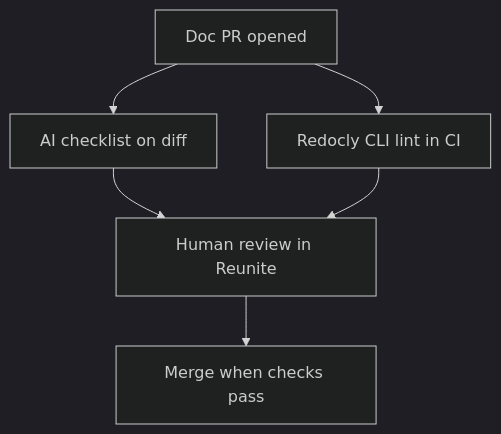
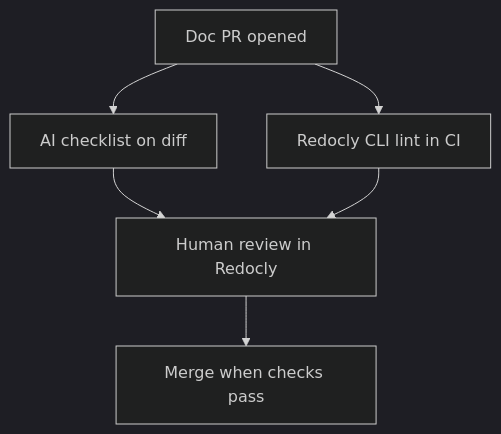
The diagram in learn/ai-for-docs/ai-automate-documentation-reviews-pr-workflow.md (riboflavin/redocly-site), drawn with Mermaid (dark theme) before and after one commit. The commit also changed other lines of this file and 105 other files, not shown here.

````diff
--- a/learn/ai-for-docs/ai-automate-documentation-reviews-pr-workflow.md
+++ b/learn/ai-for-docs/ai-automate-documentation-reviews-pr-workflow.md
@@ -86,8 +86,8 @@
 ```mermaid
 graph TD
   P[Doc PR opened] --> A[AI checklist on diff]
   P --> L[Redocly CLI lint in CI]
-  A --> H[Human review in Reunite]
+  A --> H[Human review in Redocly]
   L --> H
   H --> M[Merge when checks pass]
 ```
````
